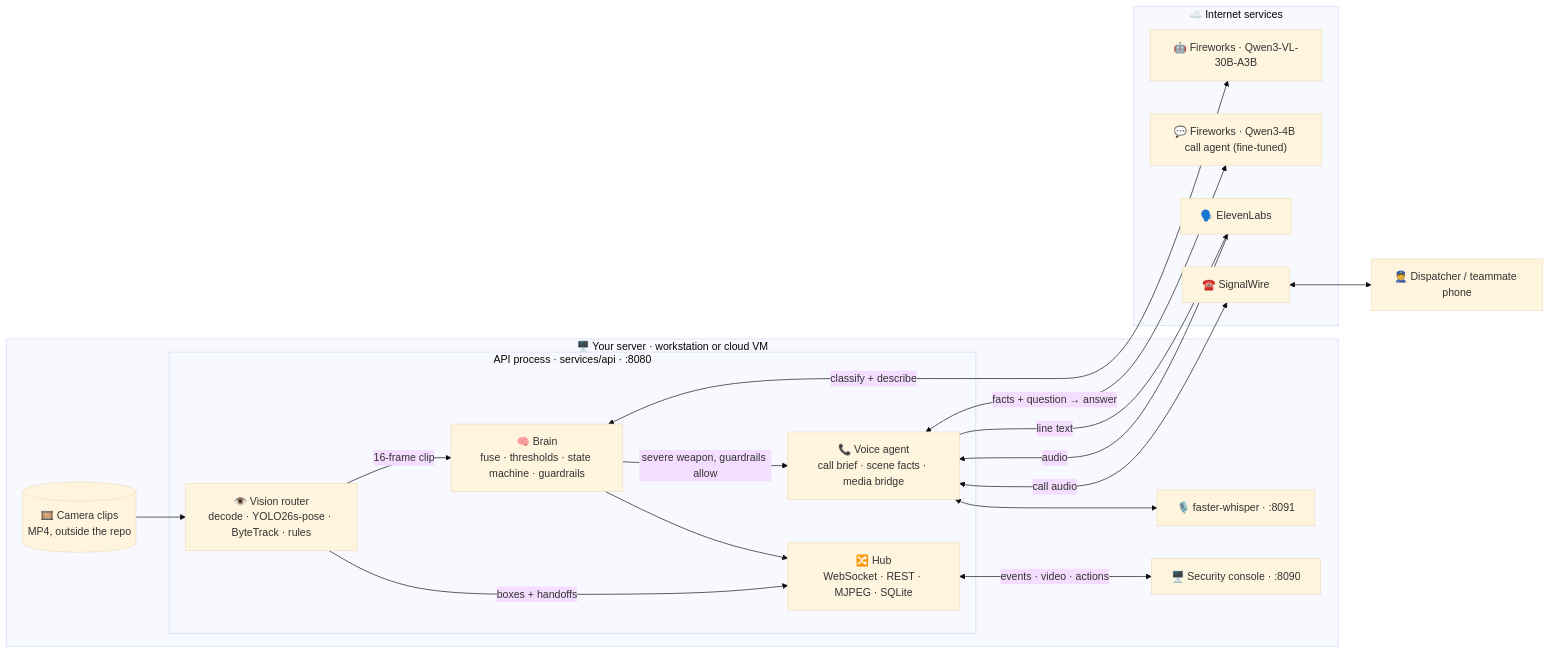
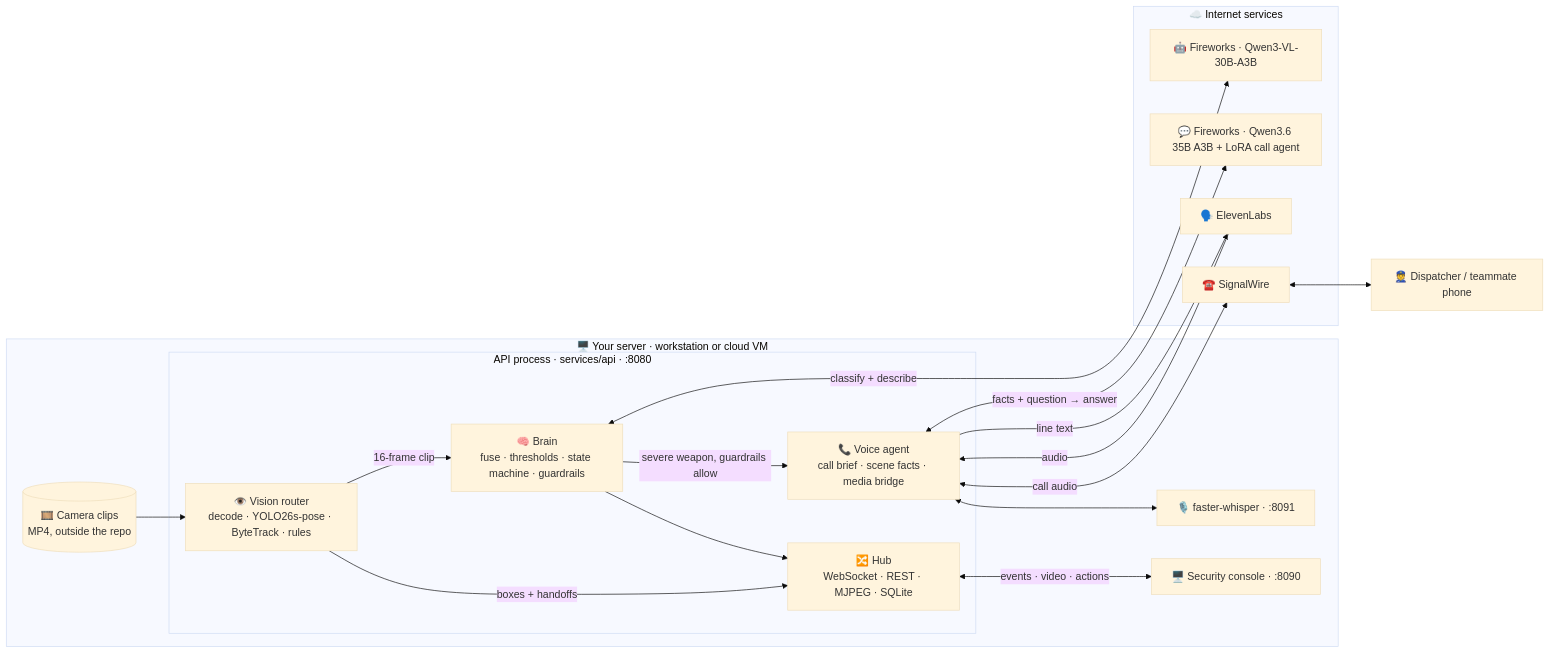
One commit to pgala3183/first-witness changed the second of 2 diagrams in README.md. Above: the diagram before and after it, drawn with Mermaid (base theme). The commit also changed other lines of this file and 2 other files, not shown here.

````diff
--- a/README.md
+++ b/README.md
@@ -242,37 +275,37 @@
 ```mermaid
 flowchart LR
     subgraph BOX["🖥️ Your server · workstation or cloud VM"]
         CLIPS[("🎞️ Camera clips<br/>MP4, outside the repo")]
 
         subgraph APIPROC["API process · services/api · :8080"]
             VIS["👁️ Vision router<br/>decode · YOLO26s-pose · ByteTrack · rules"]
             BRAIN["🧠 Brain<br/>fuse · thresholds · state machine · guardrails"]
             HUB["🔀 Hub<br/>WebSocket · REST · MJPEG · SQLite"]
             VOICE["📞 Voice agent<br/>call brief · scene facts · media bridge"]
         end
 
         ASR["🎙️ faster-whisper · :8091"]
         WEB["🖥️ Security console · :8090"]
     end
 
     subgraph CLOUD["☁️ Internet services"]
         ZRT["🤖 Fireworks · Qwen3-VL-30B-A3B"]
-        CALL["💬 Fireworks · Qwen3-4B call agent (fine-tuned)"]
+        CALL["💬 Fireworks · Qwen3.6 35B A3B + LoRA call agent"]
         EL["🗣️ ElevenLabs"]
         SW["☎️ SignalWire"]
     end
 
     CLIPS --> VIS
     VIS -->|"16-frame clip"| BRAIN
     BRAIN <-->|"classify + describe"| ZRT
     BRAIN -->|"severe weapon, guardrails allow"| VOICE
     VOICE <-->|"facts + question → answer"| CALL
     BRAIN --> HUB
     VIS -->|"boxes + handoffs"| HUB
     HUB <-->|"events · video · actions"| WEB
     VOICE <--> ASR
     VOICE -->|"line text"| EL
     EL -->|"audio"| VOICE
     VOICE <-->|"call audio"| SW
     SW <--> PHONE["👮 Dispatcher / teammate phone"]
 ```
````
